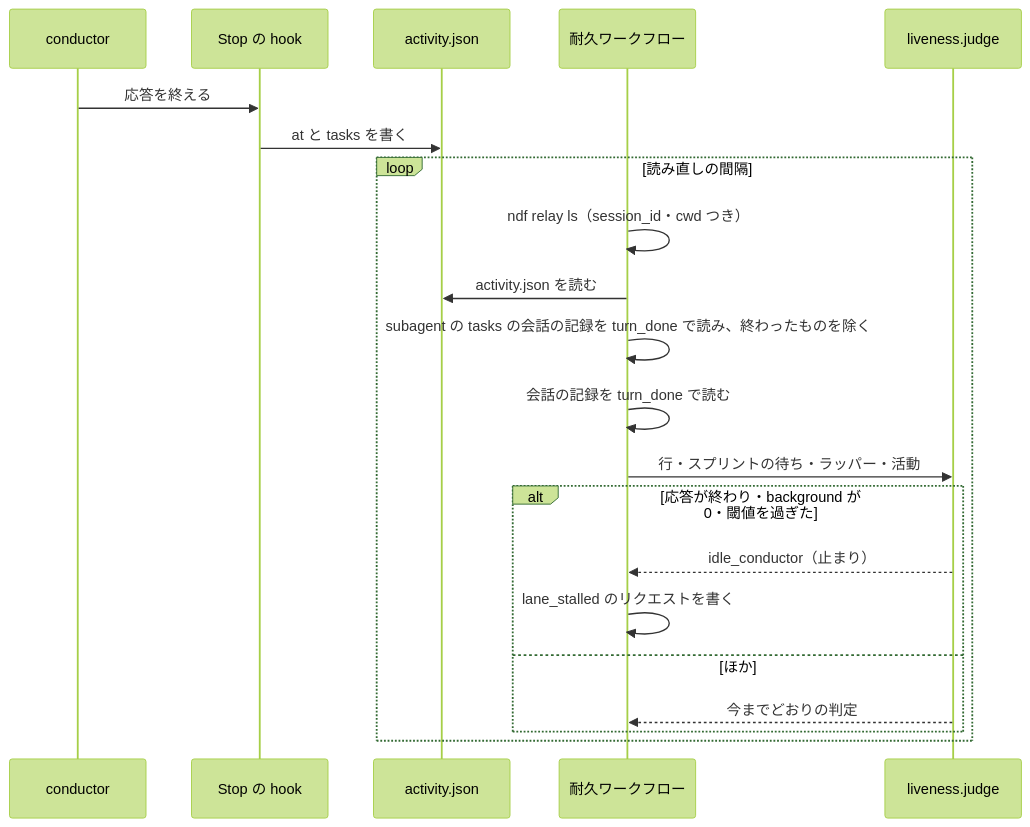
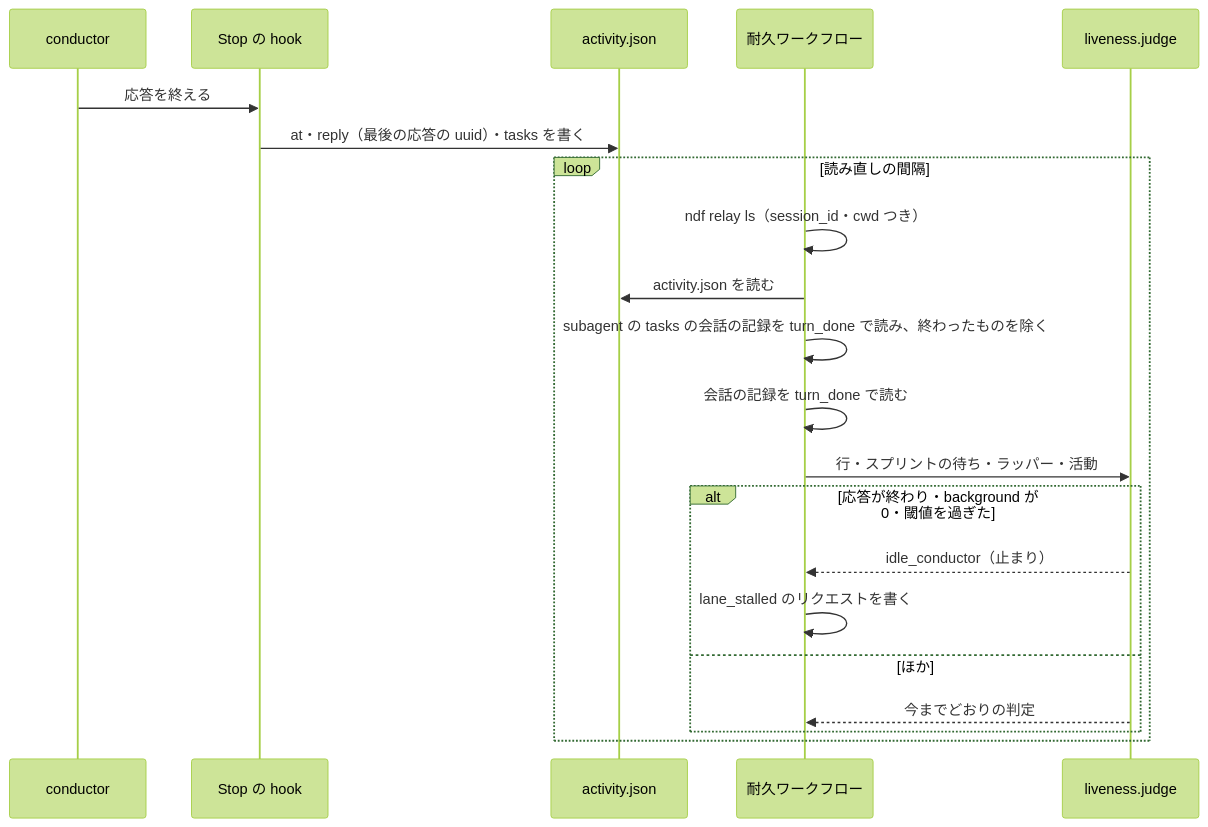
The fourth of 4 diagrams in issues/issue-4036-design.md (devbasex/ai-plugins), drawn with Mermaid (forest theme) before and after one commit. The commit also changed other lines of this file and 10 other files, not shown here.

````diff
--- a/issues/issue-4036-design.md
+++ b/issues/issue-4036-design.md
@@ -146,23 +147,23 @@
 ```mermaid
 sequenceDiagram
     participant C as conductor
     participant H as Stop の hook
     participant A as activity.json
     participant D as 耐久ワークフロー
     participant J as liveness.judge
     C->>H: 応答を終える
-    H->>A: at と tasks を書く
+    H->>A: at・reply（最後の応答の uuid）・tasks を書く
     loop 読み直しの間隔
         D->>D: ndf relay ls（session_id・cwd つき）
         D->>A: activity.json を読む
         D->>D: subagent の tasks の会話の記録を turn_done で読み、終わったものを除く
         D->>D: 会話の記録を turn_done で読む
         D->>J: 行・スプリントの待ち・ラッパー・活動
         alt 応答が終わり・background が 0・閾値を過ぎた
             J-->>D: idle_conductor（止まり）
             D->>D: lane_stalled のリクエストを書く
         else ほか
             J-->>D: 今までどおりの判定
         end
     end
 ```
````
